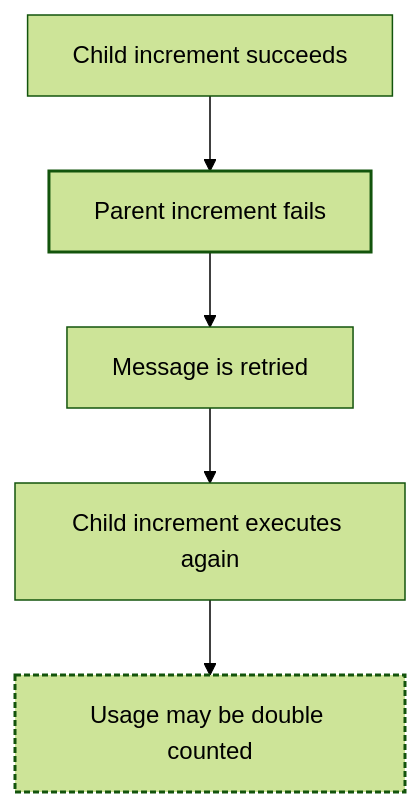
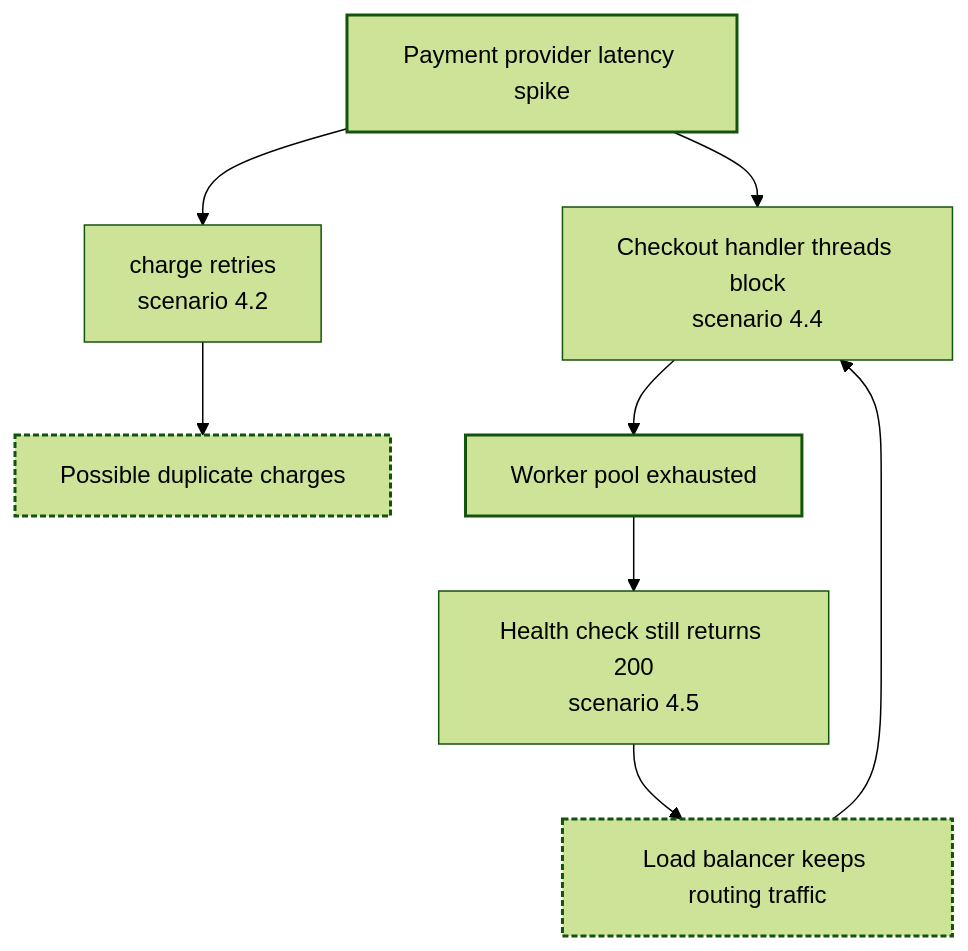
One commit to furkandeveloper/fault-scout changed the third of 5 diagrams in README.md. Above: the diagram before and after it, drawn with Mermaid (forest theme). The commit also changed other lines of this file and 10 other files, not shown here.

````diff
--- a/README.md
+++ b/README.md
@@ -196,18 +245,15 @@
 ```mermaid
 flowchart TD
-    A[Child increment succeeds]
-    B[Parent increment fails]
-    C[Message is retried]
-    D[Child increment executes again]
-    E[Usage may be double counted]
-
-    A --> B
-    B --> C
-    C --> D
-    D --> E
+    T[Payment provider latency spike] --> R[charge retries<br/>scenario 4.2]
+    T --> Q[Checkout handler threads block<br/>scenario 4.4]
+    R --> DC[Possible duplicate charges]
+    Q --> P[Worker pool exhausted]
+    P --> H[Health check still returns 200<br/>scenario 4.5]
+    H --> LB[Load balancer keeps routing traffic]
+    LB --> Q
 
     classDef failure stroke-width:2px
     classDef consequence stroke-width:2px,stroke-dasharray: 4 2
-    class B failure
-    class E consequence
+    class T,P failure
+    class DC,LB consequence
 ```
````
